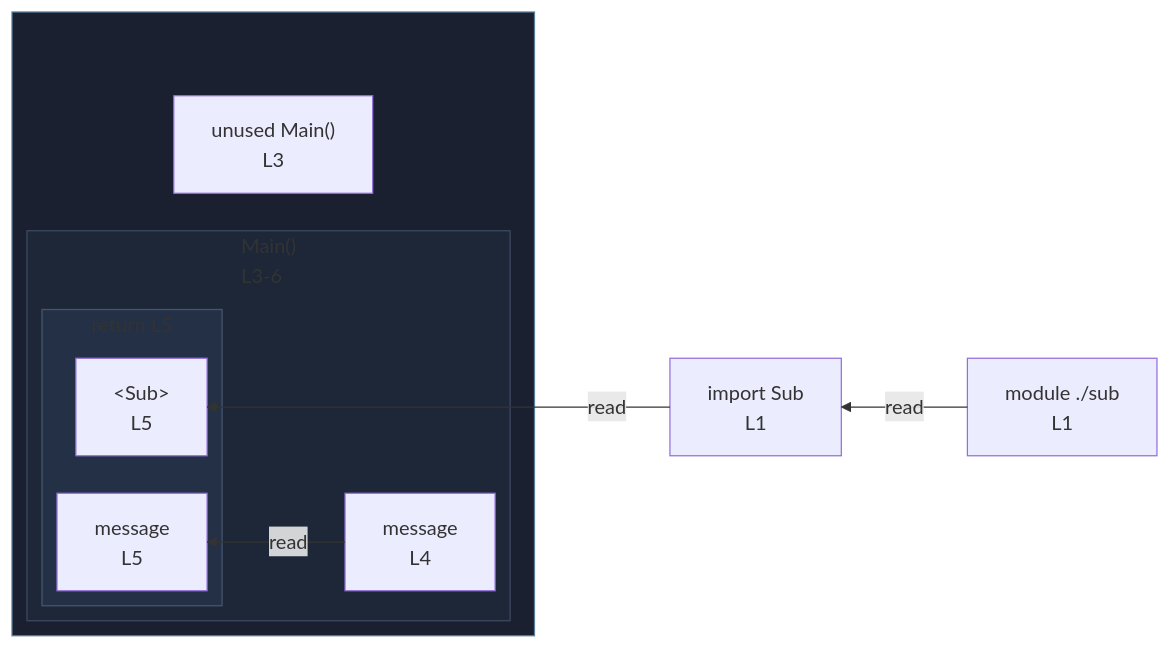
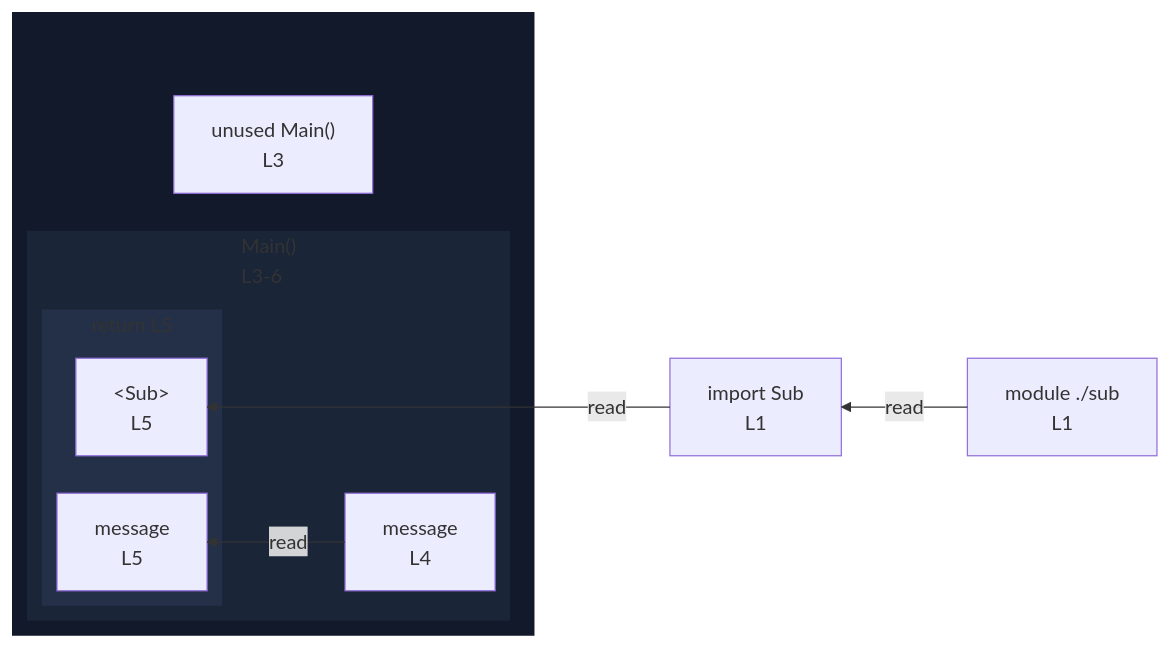
One commit to crescware/unsnarl changed the diagram in integration/fixtures/jsx/children-expression/preview.md. Above: the diagram before and after it, drawn with Mermaid. The commit also changed 263 other files, not shown here.

First line of the commit message:
Drop fnWrap class and color function wrappers via the nest palette

````diff
--- a/integration/fixtures/jsx/children-expression/preview.md
+++ b/integration/fixtures/jsx/children-expression/preview.md
@@ -16,28 +16,28 @@
 ```mermaid
 %%{init: {"flowchart": {"defaultRenderer": "elk"}}}%%
 flowchart RL
   n_scope_0_Sub_9["import Sub<br/>L1"]
   subgraph wrap_s_scope_1[" "]
     direction TB
     n_scope_0_Main_46["unused Main()<br/>L3"]
     subgraph s_scope_1["Main()<br/>L3-6"]
       direction RL
       n_scope_1_message_63["message<br/>L4"]
       subgraph s_return_scope_0_Main_46_84_112["return L5"]
         direction RL
         ret_use_ref_1["&lt;Sub&gt;<br/>L5"]
         ret_use_ref_2["message<br/>L5"]
       end
     end
   end
   n_scope_0_Sub_9 -->|read| ret_use_ref_1
   n_scope_1_message_63 -->|read| ret_use_ref_2
   mod___sub["module ./sub<br/>L1"]
   mod___sub -->|read| n_scope_0_Sub_9
-  classDef fnWrap fill:#1a2030,stroke:#5a7d99;
-  class wrap_s_scope_1 fnWrap;
-  classDef nestL1 fill:#1e2738,stroke:#3d4a63;
-  class s_scope_1 nestL1;
-  classDef nestL2 fill:#233045,stroke:#475670;
-  class s_return_scope_0_Main_46_84_112 nestL2;
+  classDef nestL1 fill:#11192a,stroke:transparent;
+  class wrap_s_scope_1 nestL1;
+  classDef nestL2 fill:#1a2538,stroke:transparent;
+  class s_scope_1 nestL2;
+  classDef nestL3 fill:#243047,stroke:transparent;
+  class s_return_scope_0_Main_46_84_112 nestL3;
 ```
````
